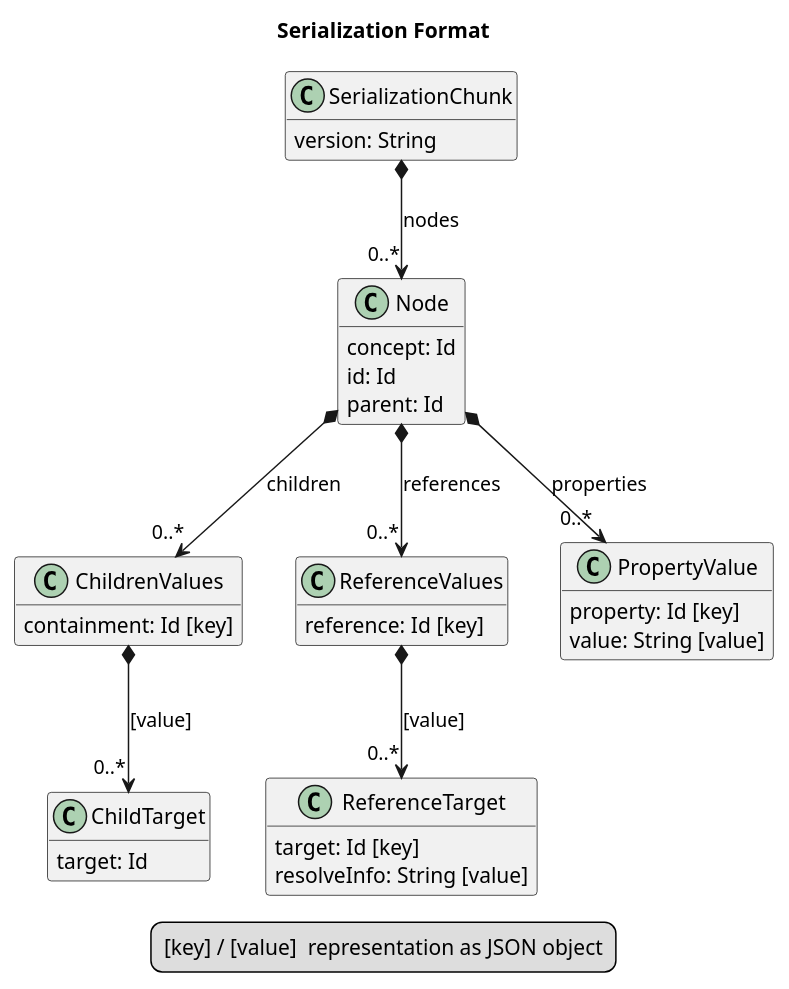
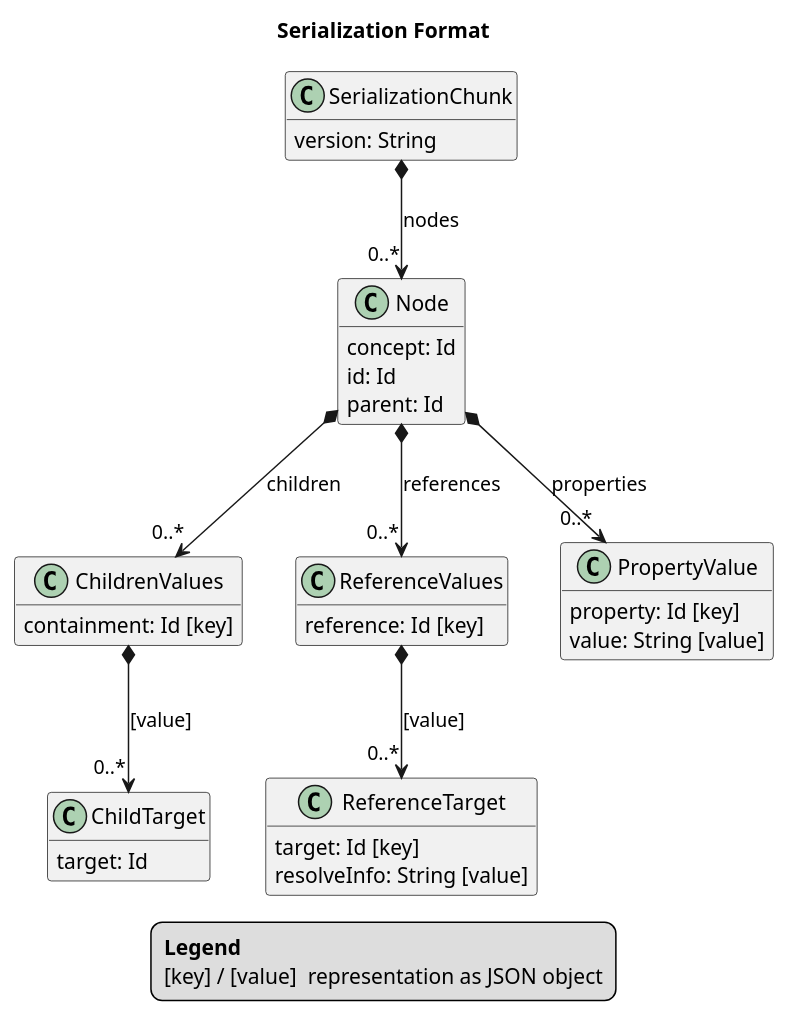
One commit to LionWeb-io/specification changed the diagram in lioncore/serialization.puml. Above: the diagram before and after it, drawn with PlantUML. The commit also changed 10 other files, not shown here.

```diff
--- a/lioncore/serialization.puml
+++ b/lioncore/serialization.puml
@@ -1,54 +1,55 @@
 @startuml
 title Serialization Format
 
 hide empty members
 
 legend
-    <#transparent,#transparent>| [key] / [value] | representation as JSON object |
+    <#transparent,#transparent>|= Legend |= |
+    | [key] / [value] | representation as JSON object |
 end legend
 
 class SerializationChunk {
     version: String
 }
 
 SerializationChunk *--> "0..*" Node: nodes
 
 class Node {
     concept: Id
     id: Id
     parent: Id
 }
 
 Node *--> "0..*" ChildrenValues: children
 
 class ChildrenValues {
     containment: Id [key]
 }
 
 ChildrenValues *--> "0..*" ChildTarget: [value]
 
 class ChildTarget {
     target: Id
 }
 
 Node *--> "0..*" ReferenceValues: references
 
 class ReferenceValues {
     reference: Id [key]
 }
 
 ReferenceValues *--> "0..*" ReferenceTarget: [value]
 
 class ReferenceTarget {
     target: Id [key]
     resolveInfo: String [value]
 }
 
 Node *--> "0..*" PropertyValue: properties
 
 class PropertyValue {
     property: Id [key]
     value: String [value]
 }
 
 @enduml
```
